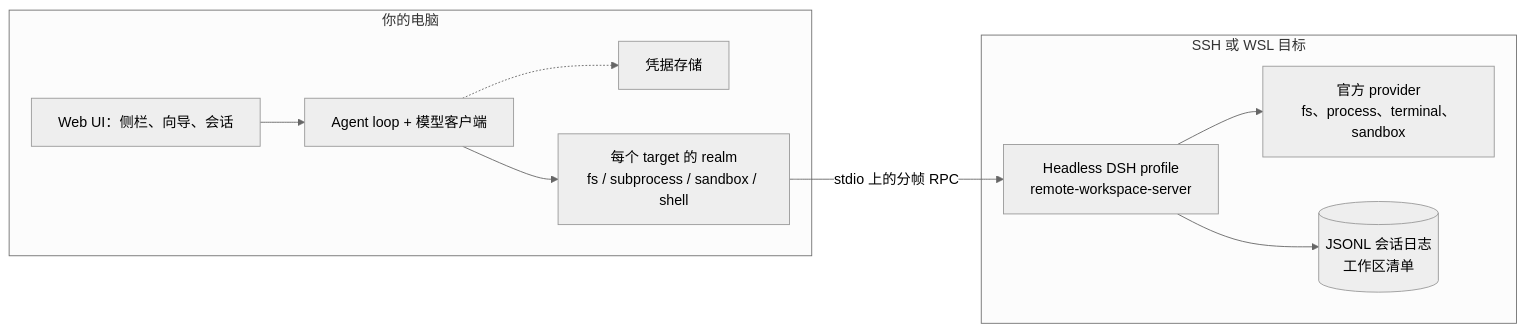
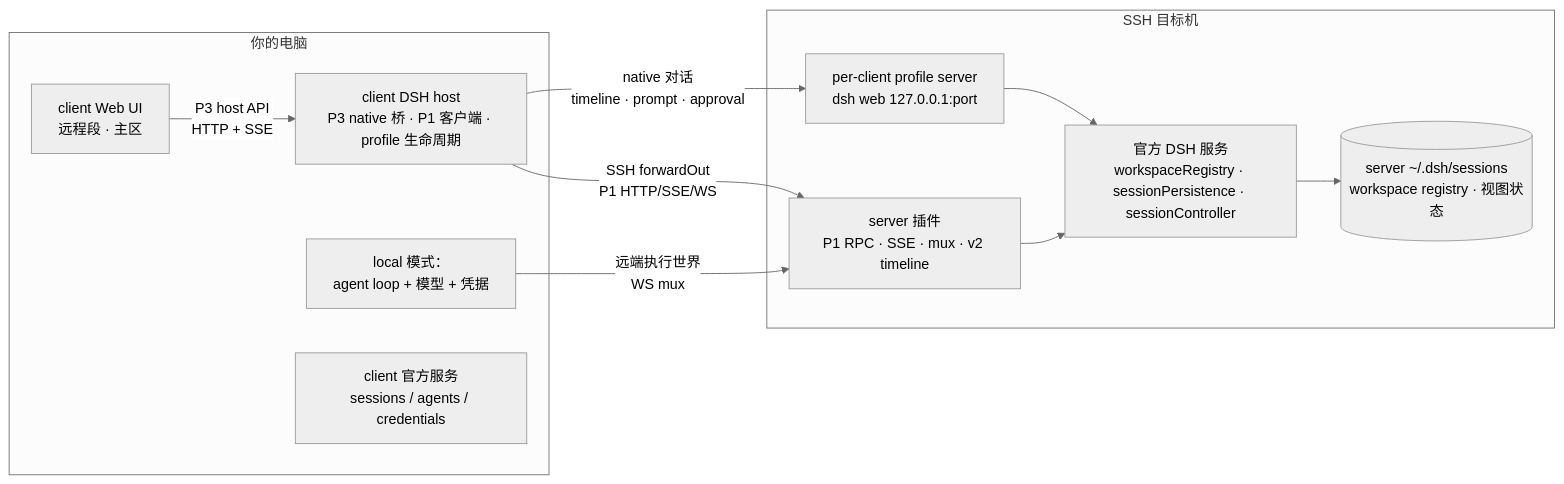
One commit to graydovee/dsh-remote-window changed the diagram in README-zh.md. Above: the diagram before and after it, drawn with Mermaid (neutral theme). The commit also changed other lines of this file and 201 other files, not shown here.

First line of the commit message:
feat!: v2 remote workspaces with native server conversations

````diff
--- a/README-zh.md
+++ b/README-zh.md
@@ -55,20 +61,21 @@
 ```mermaid
 flowchart LR
-  subgraph local [你的电脑]
-    UI[Web UI：侧栏、向导、会话]
-    LOOP[Agent loop + 模型客户端]
-    CRED[凭据存储]
-    REALM[每个 target 的 realm<br/>fs / subprocess / sandbox / shell]
+  subgraph client [你的电脑]
+    UI[client Web UI<br/>远程段 · 主区]
+    CHOST[client DSH host<br/>P3 native 桥 · P1 客户端 · profile 生命周期]
+    LOOP[local 模式：<br/>agent loop + 模型 + 凭据]
+    AGENTS[client 官方服务<br/>sessions / agents / credentials]
   end
-  subgraph remote [SSH 或 WSL 目标]
-    SRV[Headless DSH profile<br/>remote-workspace-server]
-    WORLD[官方 provider<br/>fs、process、terminal、sandbox]
-    LOG[(JSONL 会话日志<br/>工作区清单)]
+  subgraph server [SSH 目标机]
+    PROF[per-client profile server<br/>dsh web 127.0.0.1:port]
+    PLUG[server 插件<br/>P1 RPC · SSE · mux · v2 timeline]
+    OFF[官方 DSH 服务<br/>workspaceRegistry · sessionPersistence · sessionController]
+    LOG[(server ~/.dsh/sessions<br/>workspace registry · 视图状态)]
   end
-  UI --> LOOP
-  LOOP --> REALM
-  LOOP -.-> CRED
-  REALM -->|stdio 上的分帧 RPC| SRV
-  SRV --> WORLD
-  SRV --> LOG
+  UI -->|P3 host API<br/>HTTP + SSE| CHOST
+  CHOST -->|SSH forwardOut<br/>P1 HTTP/SSE/WS| PLUG
+  CHOST -->|native 对话<br/>timeline · prompt · approval| PROF
+  LOOP -->|远端执行世界<br/>WS mux| PLUG
+  PLUG --> OFF --> LOG
+  PROF --> OFF
 ```
````
